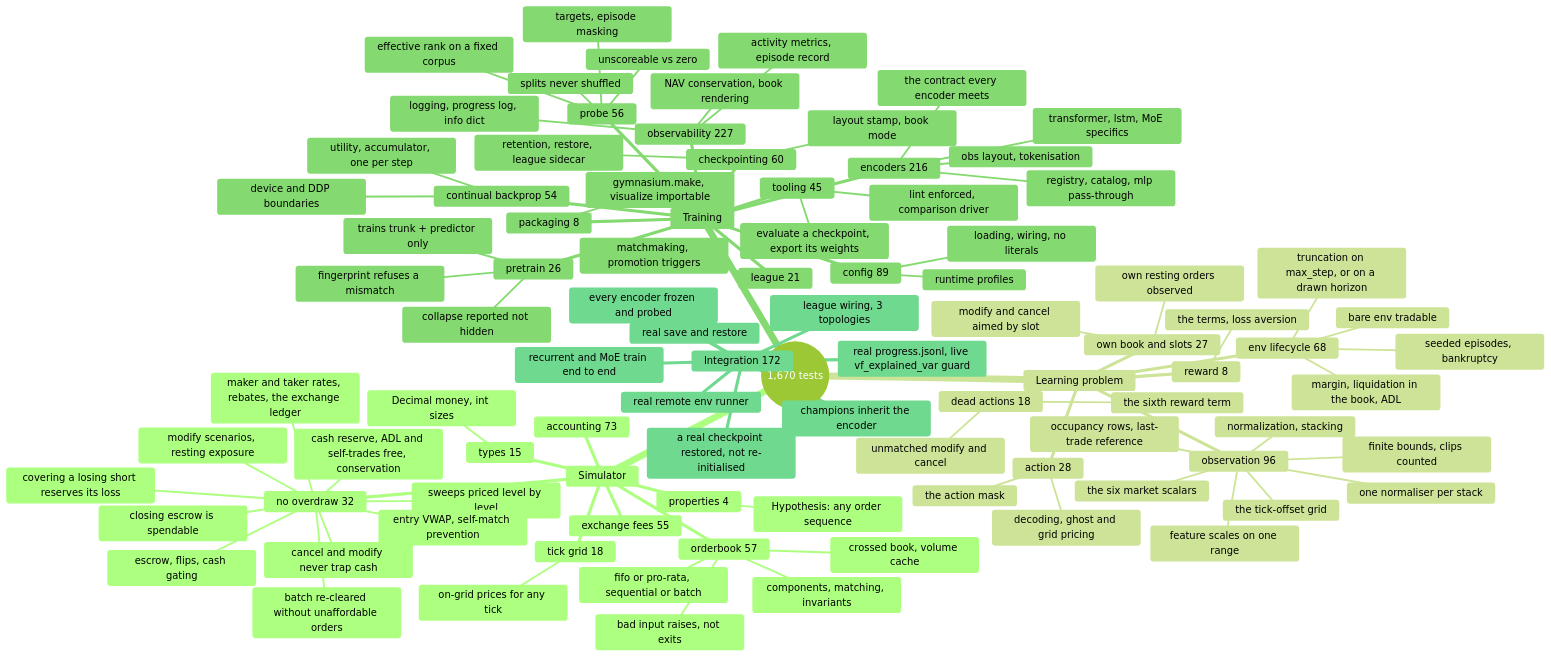
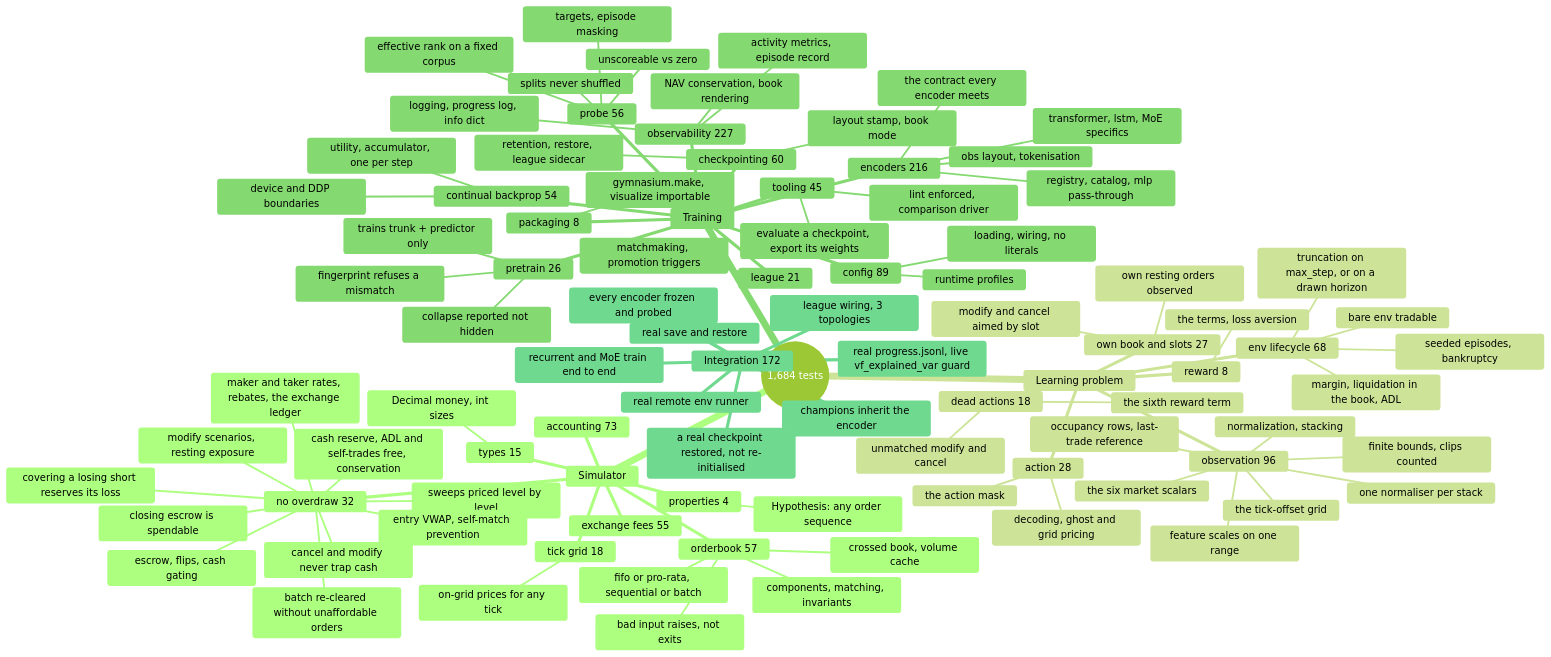
The diagram in doc/10_testing.md (ChuaCheowHuan/gym-continuousDoubleAuction), drawn with Mermaid (forest theme) before and after one commit. The commit also changed other lines of this file and 8 other files, not shown here.

````diff
--- a/doc/10_testing.md
+++ b/doc/10_testing.md
@@ -152,6 +153,6 @@
 ```mermaid
 mindmap
-  root((1,670 tests))
+  root((1,684 tests))
     Simulator
       orderbook 57
         components, matching, invariants
````
